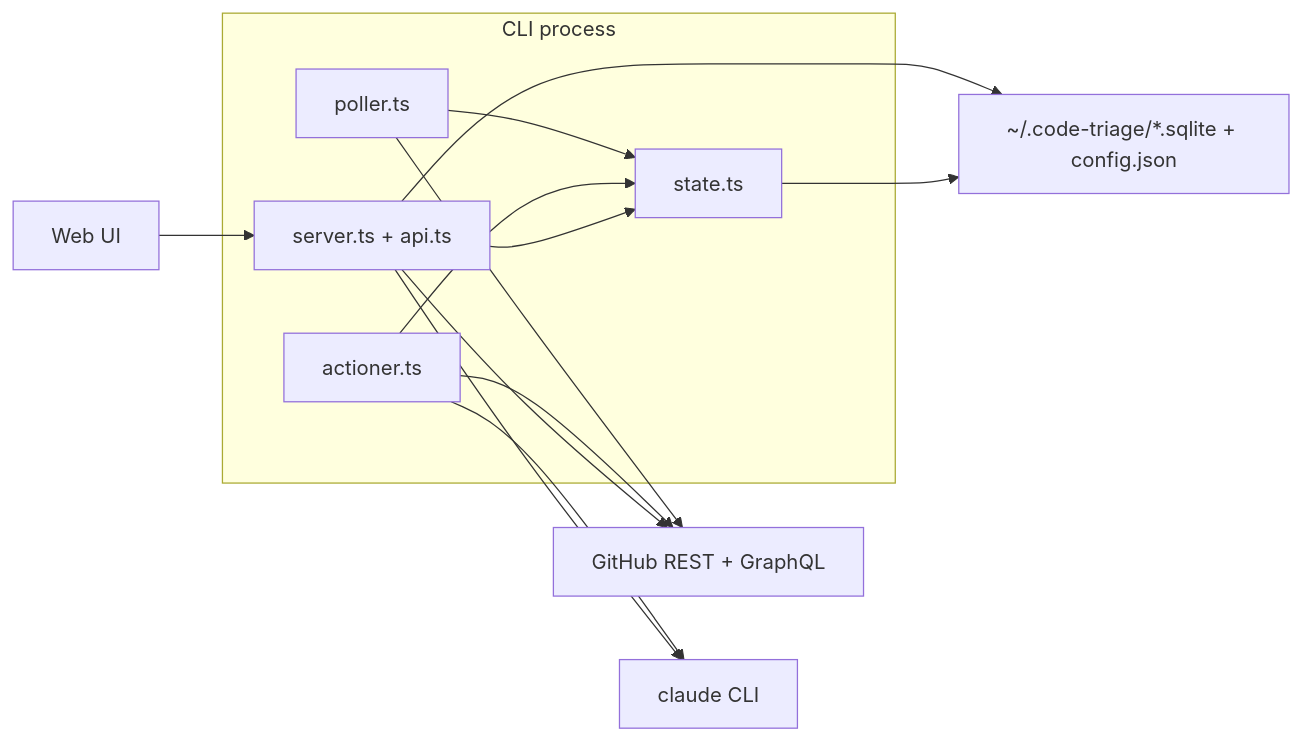
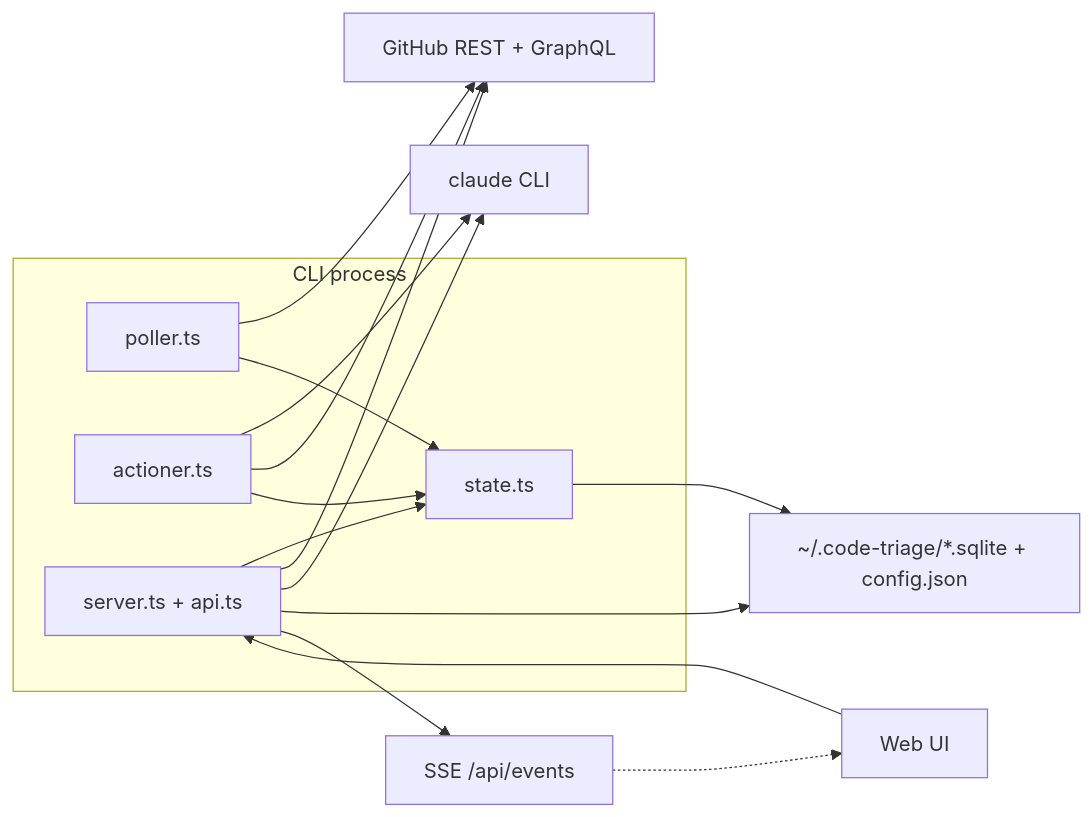
One commit to lexwebb/code-triage changed the diagram in docs/architecture.md. Above: the diagram before and after it, drawn with Mermaid. The commit also changed other lines of this file and 19 other files, not shown here.

````diff
--- a/docs/architecture.md
+++ b/docs/architecture.md
@@ -7,25 +7,28 @@
 ```mermaid
 flowchart LR
   subgraph cli["CLI process"]
     Poll[poller.ts]
     Act[actioner.ts]
     St[state.ts]
     Srv[server.ts + api.ts]
   end
   GH[GitHub REST + GraphQL]
   Claude[claude CLI]
   Disk["~/.code-triage/*.sqlite + config.json"]
+  SSE["SSE /api/events"]
   Browser[Web UI]
 
   Poll --> GH
   Act --> Claude
   Act --> GH
   Poll --> St
   Act --> St
   Srv --> St
   Srv --> GH
   Srv --> Claude
   Srv --> Disk
   Browser --> Srv
   St --> Disk
+  Srv --> SSE
+  SSE -.-> Browser
 ```
````
